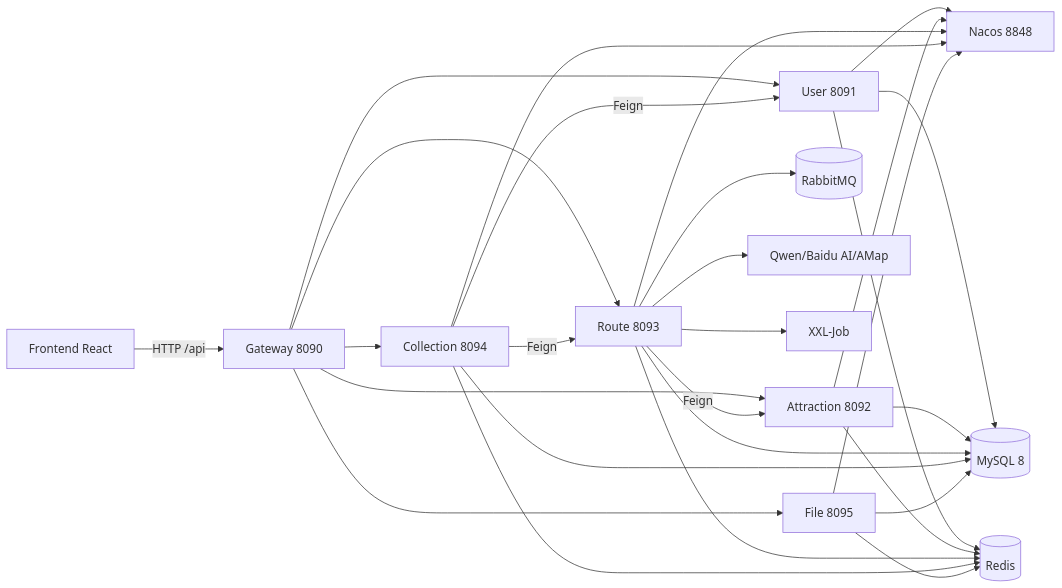
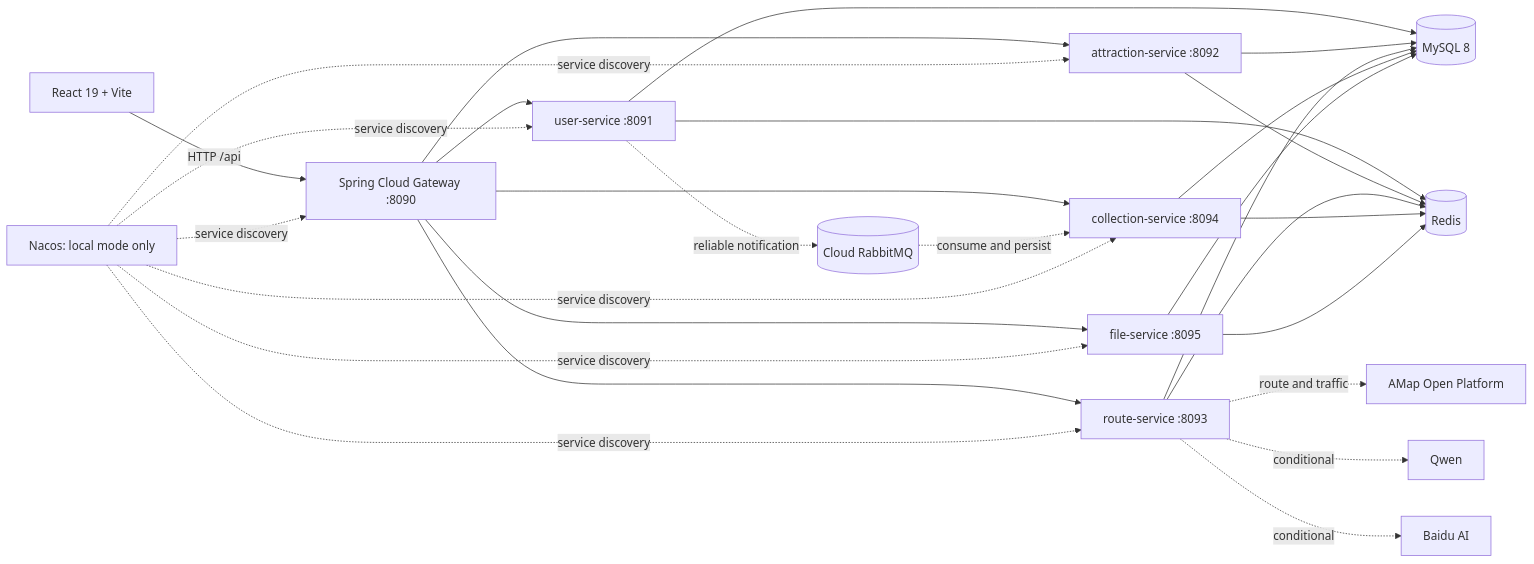
One commit to 888newstep/travel-website changed the diagram in IdeaProjects/travel/README_EN.md. Above: the diagram before and after it, drawn with Mermaid. The commit also changed other lines of this file and 322 other files, not shown here.

````diff
--- a/IdeaProjects/travel/README_EN.md
+++ b/IdeaProjects/travel/README_EN.md
@@ -73,17 +32,35 @@
 ```mermaid
 flowchart LR
-    Client[Frontend React] -->|HTTP /api| GW[Gateway 8090]
-    GW --> US[User 8091]
-    GW --> AS[Attraction 8092]
-    GW --> RS[Route 8093]
-    GW --> CS[Collection 8094]
-    GW --> FS[File 8095]
-    RS -->|Feign| AS
-    CS -->|Feign| RS & US
-    US & AS & RS & CS & FS --> N[Nacos 8848]
-    US & AS & RS & CS & FS --> DB[(MySQL 8)]
-    US & AS & RS & CS & FS --> R[(Redis)]
-    RS --> MQ[(RabbitMQ)]
-    RS --> AI[Qwen/Baidu AI/AMap]
-    RS --> JOB[XXL-Job]
+    Browser[React 19 + Vite] -->|HTTP /api| Gateway[Spring Cloud Gateway :8090]
+
+    Gateway --> User[user-service :8091]
+    Gateway --> Attraction[attraction-service :8092]
+    Gateway --> Route[route-service :8093]
+    Gateway --> Collection[collection-service :8094]
+    Gateway --> File[file-service :8095]
+
+    User --> MySQL[(MySQL 8)]
+    Attraction --> MySQL
+    Route --> MySQL
+    Collection --> MySQL
+    File --> MySQL
+
+    User --> Redis[(Redis)]
+    Attraction --> Redis
+    Route --> Redis
+    Collection --> Redis
+    File --> Redis
+
+    User -.reliable notification.-> Rabbit[(Cloud RabbitMQ)]
+    Rabbit -.consume and persist.-> Collection
+    Route -.route and traffic.-> AMap[AMap Open Platform]
+    Route -.conditional.-> Qwen[Qwen]
+    Route -.conditional.-> Baidu[Baidu AI]
+
+    Nacos[Nacos: local mode only] -.service discovery.-> Gateway
+    Nacos -.service discovery.-> User
+    Nacos -.service discovery.-> Attraction
+    Nacos -.service discovery.-> Route
+    Nacos -.service discovery.-> Collection
+    Nacos -.service discovery.-> File
 ```
````
